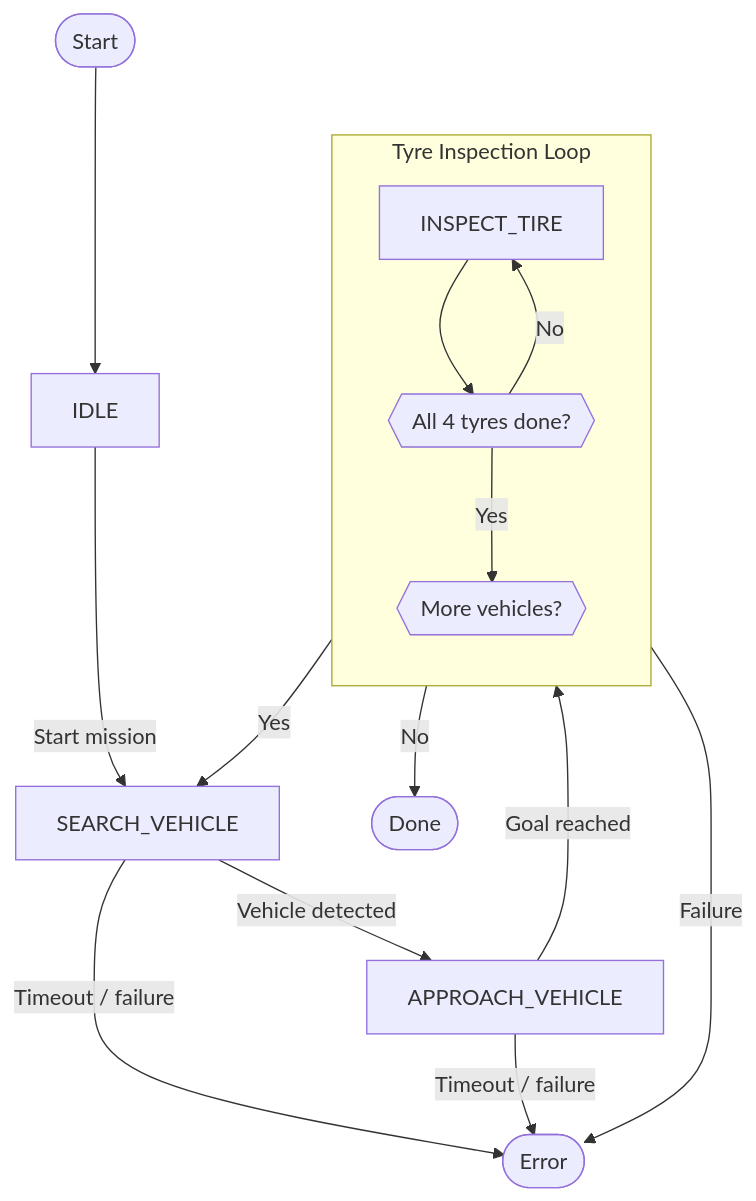
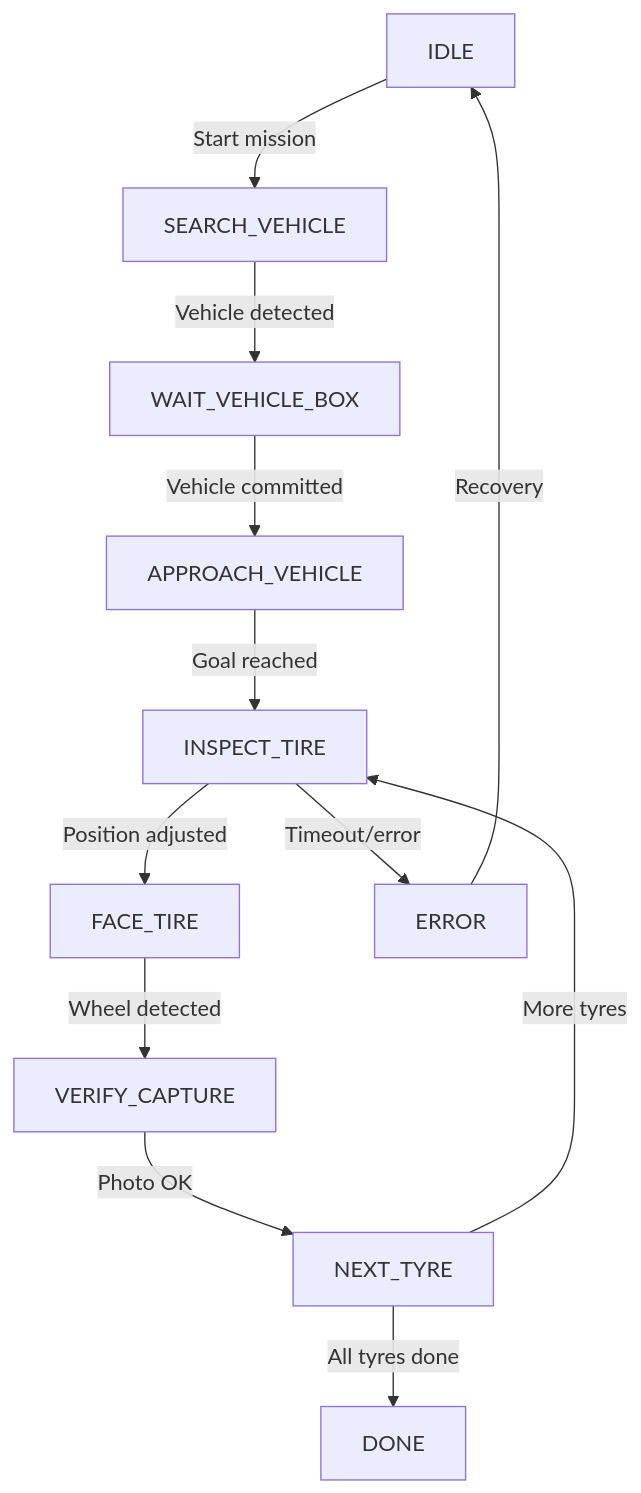
One commit to Conorodwyer17/Tyre_Inspection_Bot changed the diagram in docs/MISSION_FLOW.md. Above: the diagram before and after it, drawn with Mermaid. The commit also changed other lines of this file, not shown here.

````diff
--- a/docs/MISSION_FLOW.md
+++ b/docs/MISSION_FLOW.md
@@ -9,21 +9,14 @@
 ```mermaid
-flowchart TD
-    Start([Start]) --> IDLE
+graph TD
     IDLE -->|Start mission| SEARCH_VEHICLE
-    SEARCH_VEHICLE -->|Vehicle detected| APPROACH_VEHICLE
+    SEARCH_VEHICLE -->|Vehicle detected| WAIT_VEHICLE_BOX
+    WAIT_VEHICLE_BOX -->|Vehicle committed| APPROACH_VEHICLE
     APPROACH_VEHICLE -->|Goal reached| INSPECT_TIRE
-
-    subgraph TyreLoop["Tyre Inspection Loop"]
-        direction TB
-        INSPECT_TIRE --> ALL_TYRES{{"All 4 tyres done?"}}
-        ALL_TYRES -->|No| INSPECT_TIRE
-        ALL_TYRES -->|Yes| MORE_VEHICLES{{"More vehicles?"}}
-    end
-
-    MORE_VEHICLES -->|No| DONE([Done])
-    MORE_VEHICLES -->|Yes| SEARCH_VEHICLE
-
-    SEARCH_VEHICLE -->|Timeout / failure| ERROR([Error])
-    APPROACH_VEHICLE -->|Timeout / failure| ERROR
-    INSPECT_TIRE -->|Failure| ERROR
+    INSPECT_TIRE -->|Position adjusted| FACE_TIRE
+    FACE_TIRE -->|Wheel detected| VERIFY_CAPTURE
+    VERIFY_CAPTURE -->|Photo OK| NEXT_TYRE
+    NEXT_TYRE -->|More tyres| INSPECT_TIRE
+    NEXT_TYRE -->|All tyres done| DONE
+    INSPECT_TIRE -->|Timeout/error| ERROR
+    ERROR -->|Recovery| IDLE
 ```
````
